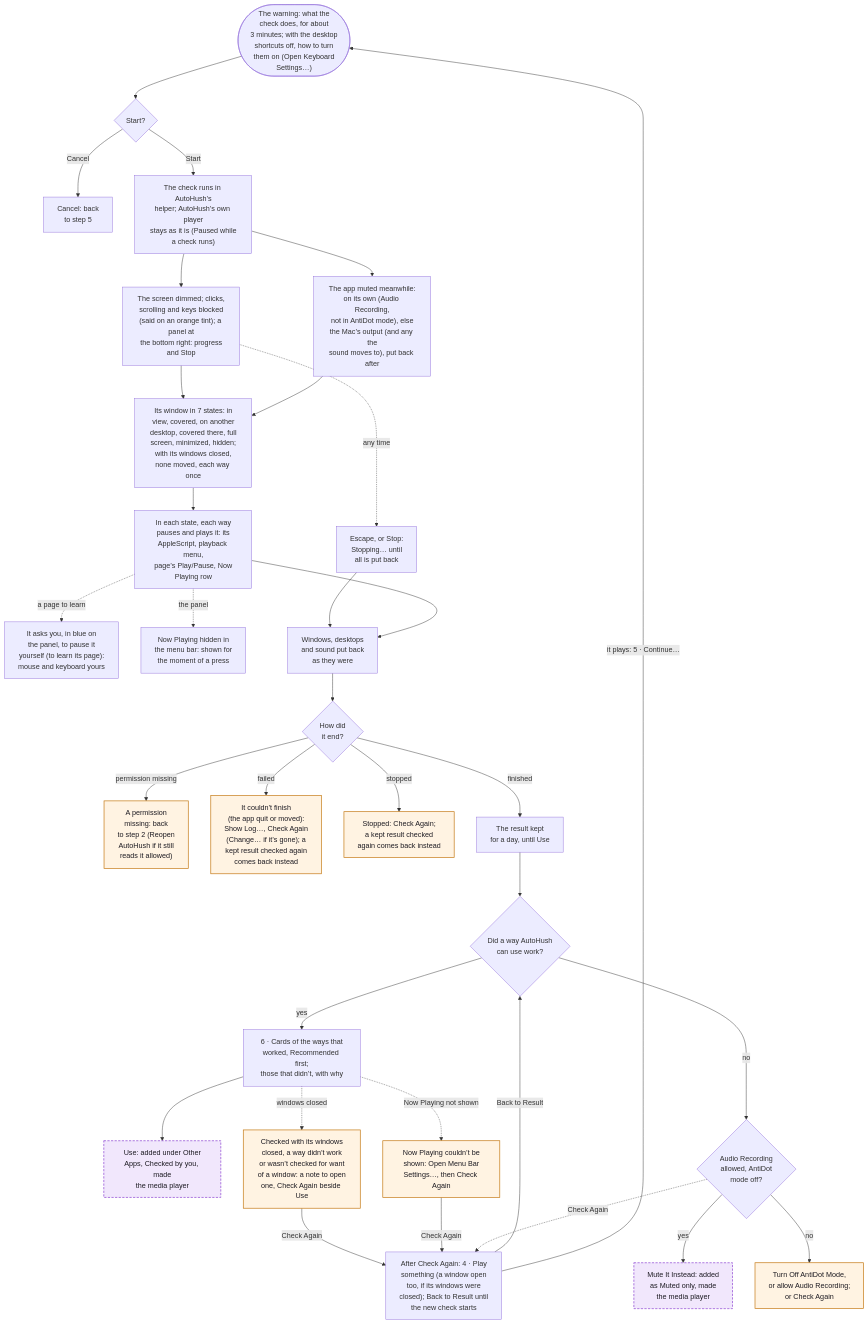
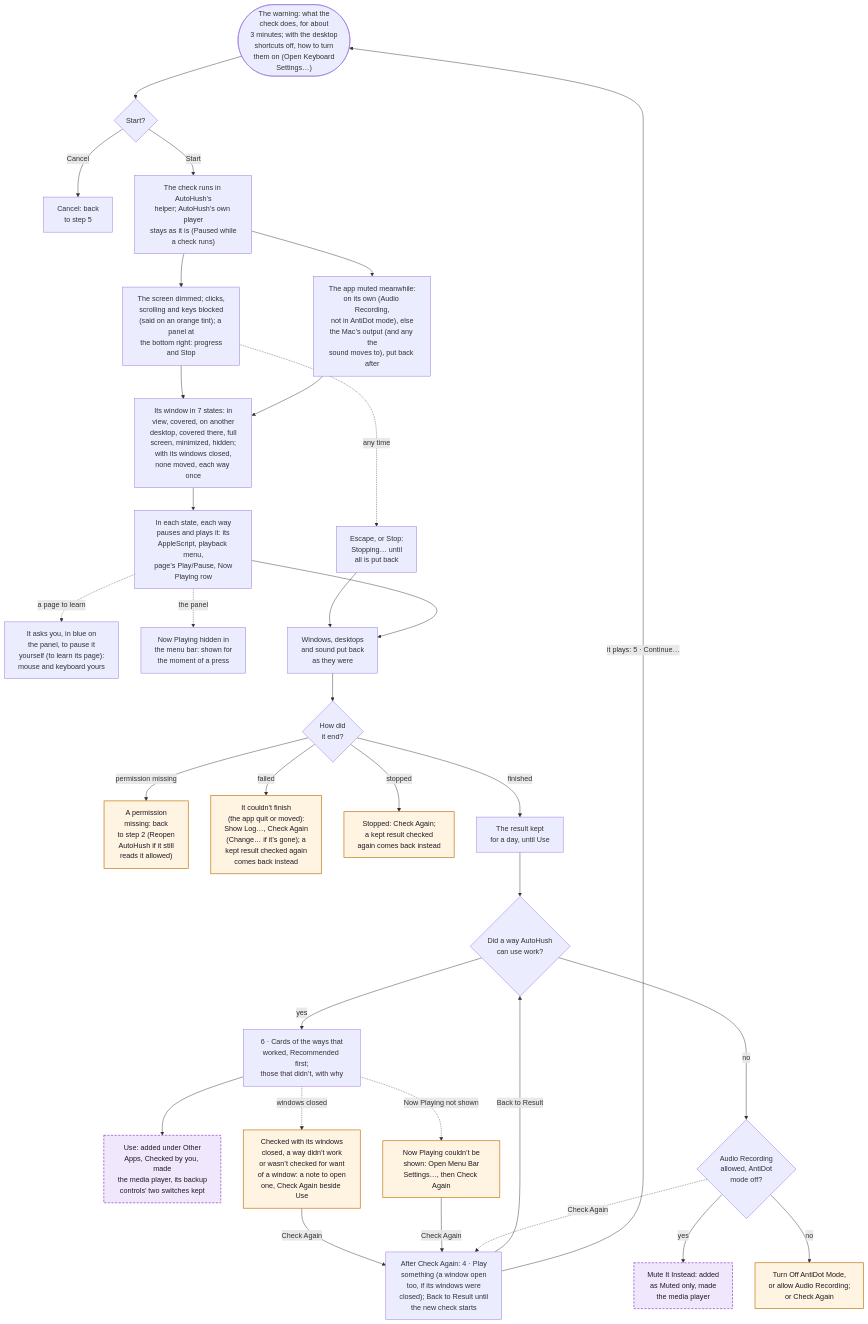
The tenth of 14 diagrams in WORKFLOWS.md (hfustercabre/AutoHush), drawn with Mermaid before and after one commit. The commit also changed 55 other files, not shown here.

First line of the commit message:
feat: Settings shows the player's backup controls, with switches, Details and Restore Defaults

````diff
--- a/WORKFLOWS.md
+++ b/WORKFLOWS.md
@@ -555,64 +555,64 @@
 ```mermaid
 flowchart TD
   WARN(["The warning: what the<br/>check does, for about<br/>3 minutes; with the desktop<br/>shortcuts off, how to turn<br/>them on (Open Keyboard<br/>Settings…)"])
   GO{"Start?"}
   BACK["Cancel: back<br/>to step 5"]
   RUN["The check runs in AutoHush’s<br/>helper; AutoHush’s own player<br/>stays as it is (Paused while<br/>a check runs)"]
   BLOCK["The screen dimmed; clicks,<br/>scrolling and keys blocked<br/>(said on an orange tint); a panel at<br/>the bottom right: progress<br/>and Stop"]
   MUTE["The app muted meanwhile:<br/>on its own (Audio Recording,<br/>not in AntiDot mode), else<br/>the Mac’s output (and any the<br/>sound moves to), put back after"]
   STATES["Its window in 7 states: in<br/>view, covered, on another<br/>desktop, covered there, full<br/>screen, minimized, hidden;<br/>with its windows closed,<br/>none moved, each way once"]
   WAYS["In each state, each way<br/>pauses and plays it: its<br/>AppleScript, playback menu,<br/>page’s Play/Pause, Now<br/>Playing row"]
   ASK["It asks you, in blue on<br/>the panel, to pause it<br/>yourself (to learn its page):<br/>mouse and keyboard yours"]
   SHOW["Now Playing hidden in<br/>the menu bar: shown for<br/>the moment of a press"]
   STOP["Escape, or Stop:<br/>Stopping… until<br/>all is put back"]
   PUT["Windows, desktops<br/>and sound put back<br/>as they were"]
   HOW{"How did<br/>it end?"}
   PERM["A permission<br/>missing: back<br/>to step 2 (Reopen<br/>AutoHush if it still<br/>reads it allowed)"]
   FAIL["It couldn’t finish<br/>(the app quit or moved):<br/>Show Log…, Check Again<br/>(Change… if it’s gone); a<br/>kept result checked again<br/>comes back instead"]
   STOPPED["Stopped: Check Again;<br/>a kept result checked<br/>again comes back instead"]
   KEEP["The result kept<br/>for a day, until Use"]
   ANY{"Did a way AutoHush<br/>can use work?"}
   CARDS["6 · Cards of the ways that<br/>worked, Recommended first;<br/>those that didn’t, with why"]
-  USE["Use: added under Other<br/>Apps, Checked by you, made<br/>the media player"]
+  USE["Use: added under Other<br/>Apps, Checked by you, made<br/>the media player, its backup<br/>controls’ two switches kept"]
   NPH["Now Playing couldn’t be<br/>shown: Open Menu Bar<br/>Settings…, then Check Again"]
   CLW["Checked with its windows<br/>closed, a way didn’t work<br/>or wasn’t checked for want<br/>of a window: a note to open<br/>one, Check Again beside Use"]
   AGN["After Check Again: 4 · Play<br/>something (a window open<br/>too, if its windows were<br/>closed); Back to Result until<br/>the new check starts"]
   MUT{"Audio Recording<br/>allowed, AntiDot<br/>mode off?"}
   MII["Mute It Instead: added<br/>as Muted only, made<br/>the media player"]
   ANTI["Turn Off AntiDot Mode,<br/>or allow Audio Recording;<br/>or Check Again"]
 
   WARN --> GO
   GO -->|"Cancel"| BACK
   GO -->|"Start"| RUN
   RUN --> BLOCK
   RUN --> MUTE
   BLOCK --> STATES
   MUTE --> STATES
   STATES --> WAYS
   WAYS -.->|"a page to learn"| ASK
   WAYS -.->|"the panel"| SHOW
   BLOCK -.->|"any time"| STOP
   STOP --> PUT
   WAYS --> PUT
   PUT --> HOW
   HOW -->|"finished"| KEEP --> ANY
   HOW -->|"permission missing"| PERM
   HOW -->|"failed"| FAIL
   HOW -->|"stopped"| STOPPED
   ANY -->|"yes"| CARDS --> USE
   CARDS -.->|"Now Playing not shown"| NPH
   CARDS -.->|"windows closed"| CLW
   CLW -->|"Check Again"| AGN
   NPH -->|"Check Again"| AGN
   MUT -.->|"Check Again"| AGN
   AGN -->|"Back to Result"| ANY
   AGN -->|"it plays: 5 · Continue…"| WARN
   ANY -->|"no"| MUT
   MUT -->|"yes"| MII
   MUT -->|"no"| ANTI
 
   class USE,MII ref
   class FAIL,STOPPED,PERM,NPH,CLW,ANTI warn
   classDef ref fill:#f1e7fc,stroke:#8a3fd1,stroke-width:1.5px,stroke-dasharray: 5 3,color:#1d1b22
   classDef warn fill:#fff3e2,stroke:#c47812,stroke-width:1.5px,color:#1d1b22
 ```
````
